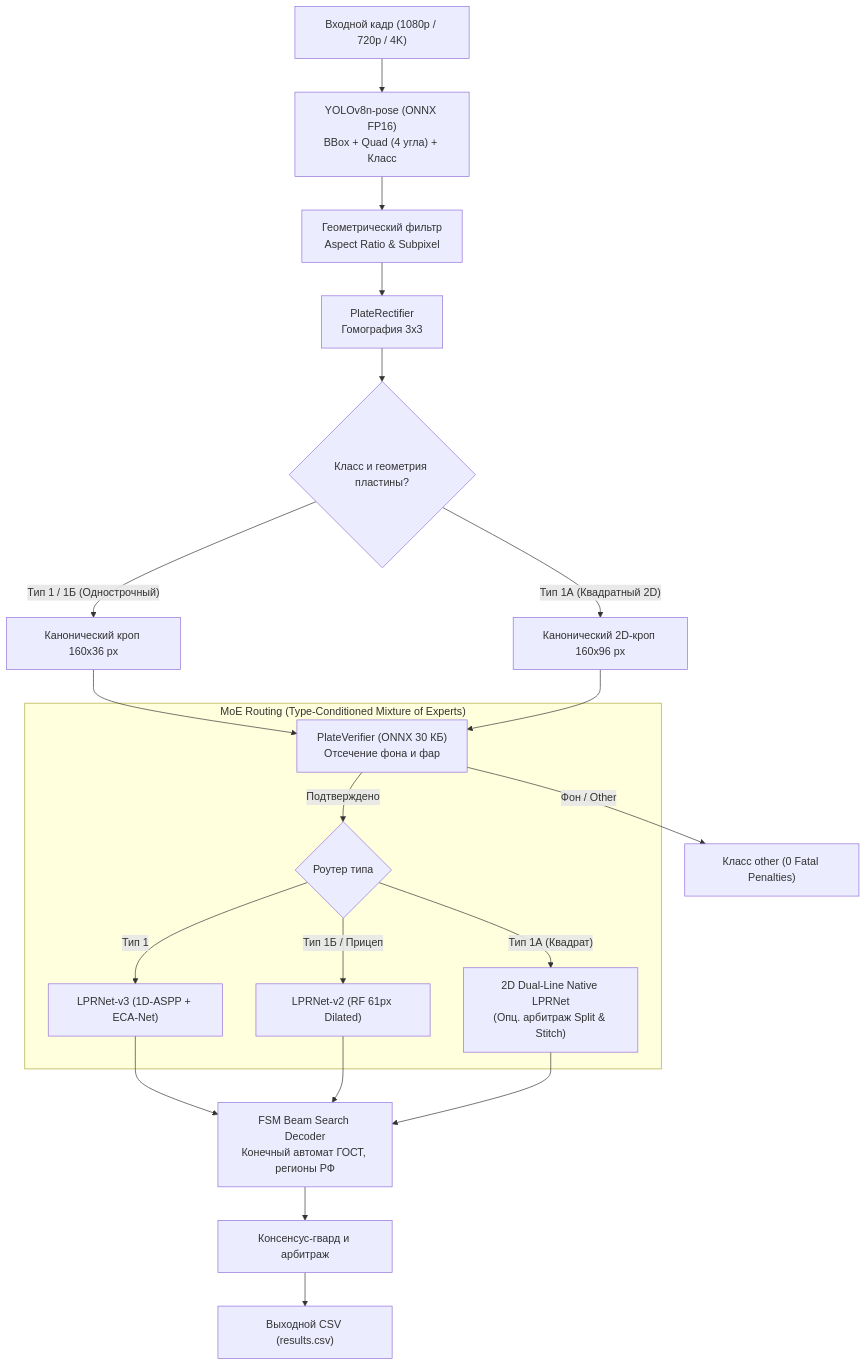
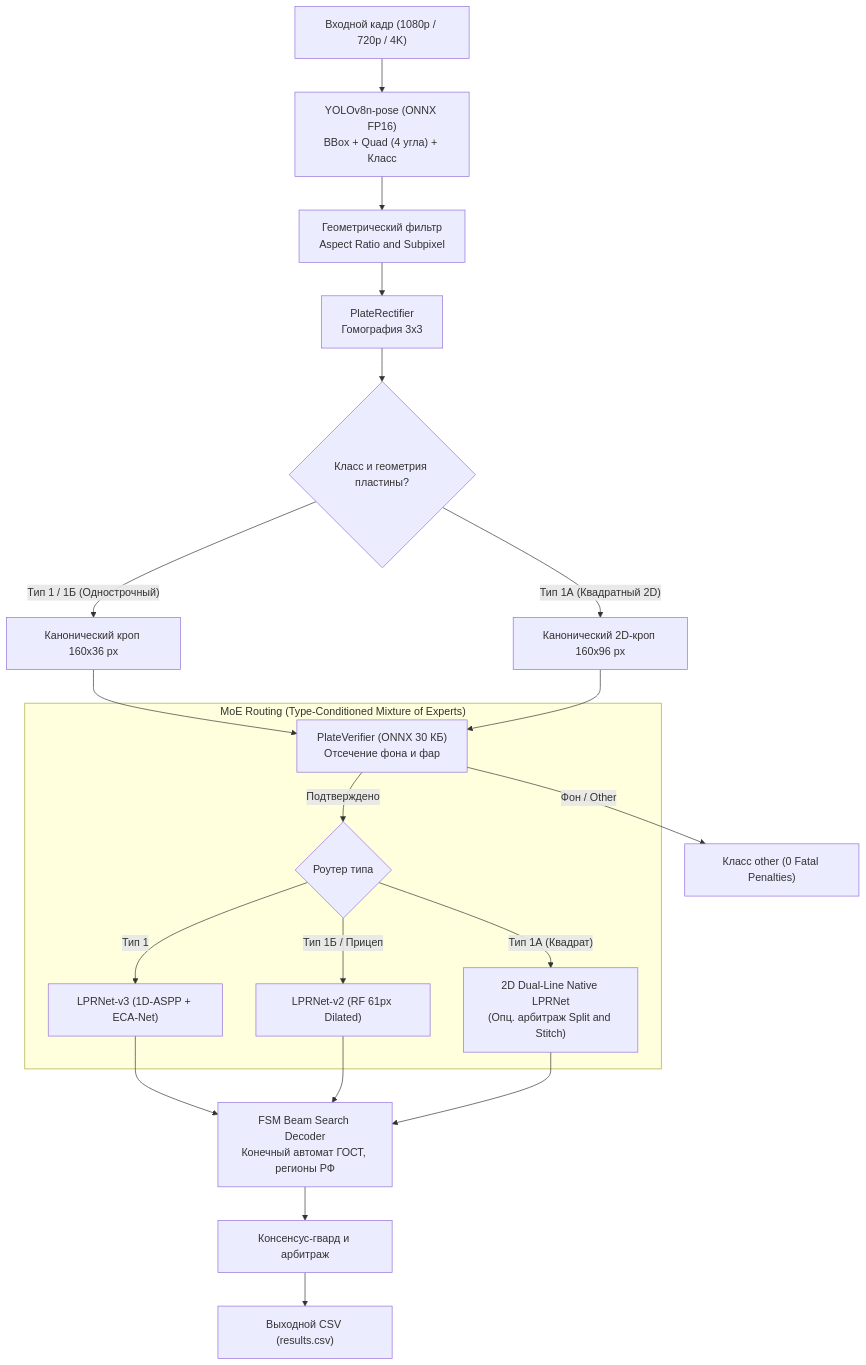
One commit to Vamsilver/OmniPlate-RU changed the diagram in docs/report/EXPLANATORY_NOTE.md. Above: the diagram before and after it, drawn with Mermaid. The commit also changed other lines of this file and 24 other files, not shown here.

Commit message:
docs(submission): record solo author Vasiliev R.A., update submission letter and fix mermaid diagrams syntax

````diff
--- a/docs/report/EXPLANATORY_NOTE.md
+++ b/docs/report/EXPLANATORY_NOTE.md
@@ -53,29 +54,29 @@
 ```mermaid
 flowchart TD
     A["Входной кадр (1080p / 720p / 4K)"] --> B["YOLOv8n-pose (ONNX FP16)<br/>BBox + Quad (4 угла) + Класс"]
-    B --> C["Геометрический фильтр<br/>Aspect Ratio & Subpixel"]
+    B --> C["Геометрический фильтр<br/>Aspect Ratio and Subpixel"]
     C --> D["PlateRectifier<br/>Гомография 3x3"]
     
     D --> E{"Класс и геометрия пластины?"}
     E -->|"Тип 1 / 1Б (Однострочный)"| F["Канонический кроп 160x36 px"]
     E -->|"Тип 1А (Квадратный 2D)"| G["Канонический 2D-кроп 160x96 px"]
     
     F --> V["PlateVerifier (ONNX 30 КБ)<br/>Отсечение фона и фар"]
     G --> V
     
     V -->|"Фон / Other"| J1["Класс other (0 Fatal Penalties)"]
     
     subgraph MoE["MoE Routing (Type-Conditioned Mixture of Experts)"]
         V -->|"Подтверждено"| R{"Роутер типа"}
         R -->|"Тип 1"| H1["LPRNet-v3 (1D-ASPP + ECA-Net)"]
         R -->|"Тип 1Б / Прицеп"| H2["LPRNet-v2 (RF 61px Dilated)"]
-        R -->|"Тип 1А (Квадрат)"| H3["2D Dual-Line Native LPRNet<br/>(Опц. арбитраж Split & Stitch)"]
+        R -->|"Тип 1А (Квадрат)"| H3["2D Dual-Line Native LPRNet<br/>(Опц. арбитраж Split and Stitch)"]
     end
     
     H1 --> I["FSM Beam Search Decoder<br/>Конечный автомат ГОСТ, регионы РФ"]
     H2 --> I
     H3 --> I
     
     I --> K["Консенсус-гвард и арбитраж"]
     K --> J2["Выходной CSV (results.csv)"]
 ```
````
